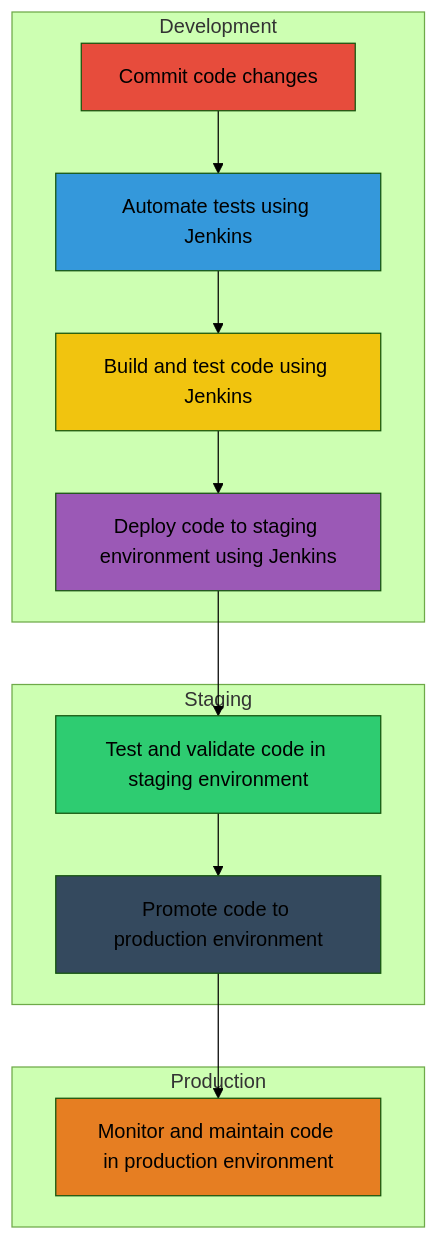
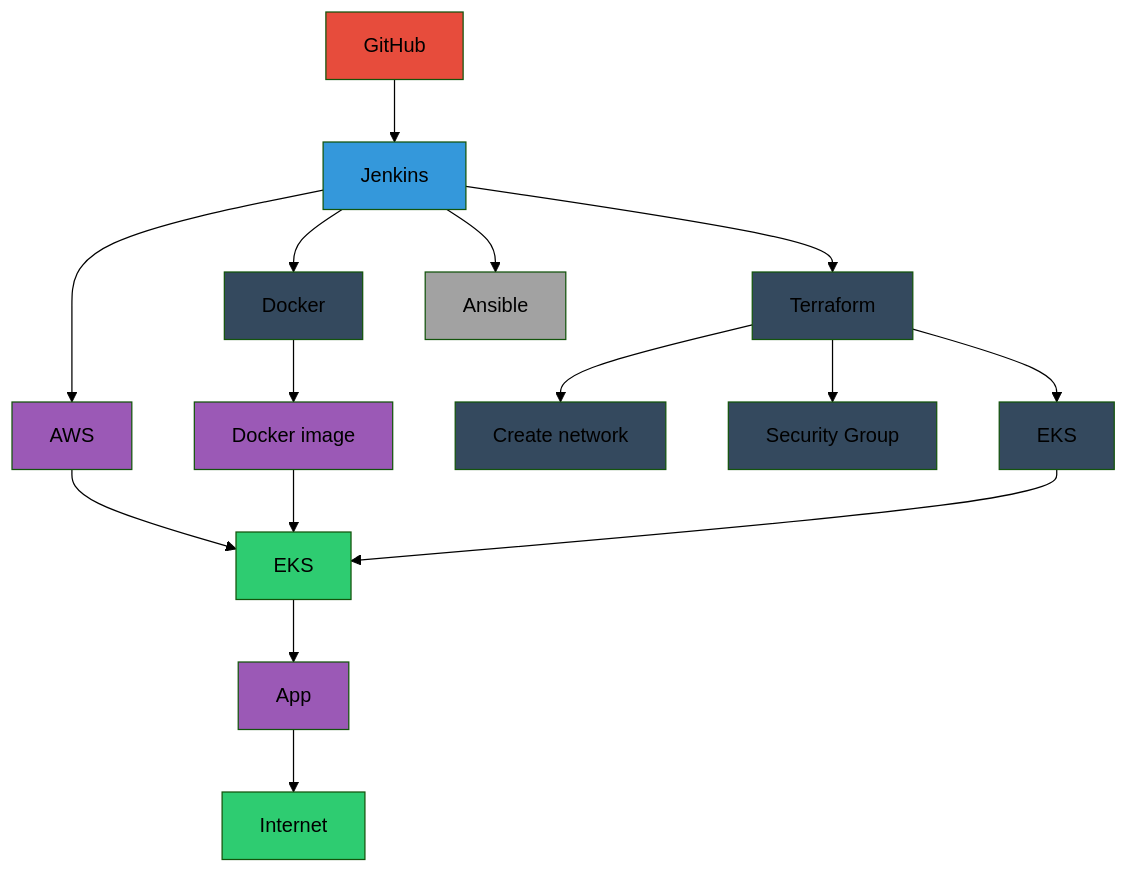
The diagram in diagram.md (Kasdal/FYP-Report), drawn with Mermaid (forest theme) before and after one commit. The commit also changed 10 other files, not shown here.

Commit message:
Diagram update, some rweork on sections, and more.

````diff
--- a/diagram.md
+++ b/diagram.md
@@ -1,22 +1,32 @@
 ```mermaid
 graph TD;
-    subgraph Development
-        A[Commit code changes] --> B[Automate tests using Jenkins]
-        B --> C[Build and test code using Jenkins]
-        C --> D[Deploy code to staging environment using Jenkins]
-    end
-    subgraph Staging
-        D --> E[Test and validate code in staging environment]
-        E --> F[Promote code to production environment]
-    end
-    subgraph Production
-        F --> G[Monitor and maintain code in production environment]
-    end
+    A[GitHub] --> B[Jenkins]
+    B --> C[AWS]
+        C --> E[EKS]
+    B --> D[Docker]
+        D --> F[Docker image]
+        F --> E
+    B --> G[Terraform]
+        G --> H[Create network]
+        G --> I[Security Group]
+        G --> J[EKS]
+        J --> E
+    B --> K[Ansible]
+    E --> L[App]
+    L --> M[Internet]
+    
     style A fill:#e74c3c
     style B fill:#3498db
-    style C fill:#f1c40f
-    style D fill:#9b59b6
+    style C fill:#9b59b6
+    style D fill:#34495e
     style E fill:#2ecc71
-    style F fill:#34495e
-    style G fill:#e67e22
+    style G fill:#34495e
+    style K fill:#a2a2a2
+    style H fill:#34495e
+    style I fill:#34495e
+    style J fill:#34495e
+    style F fill:#9b59b6
+    style L fill:#9b59b6
+    style M fill:#2ecc71
+
 ```
````
